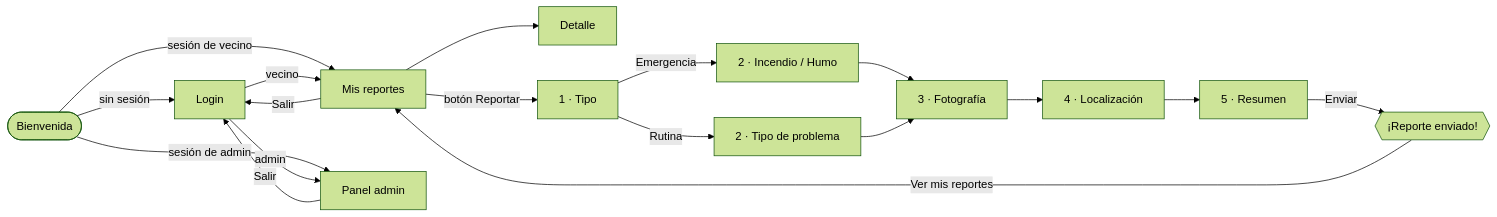
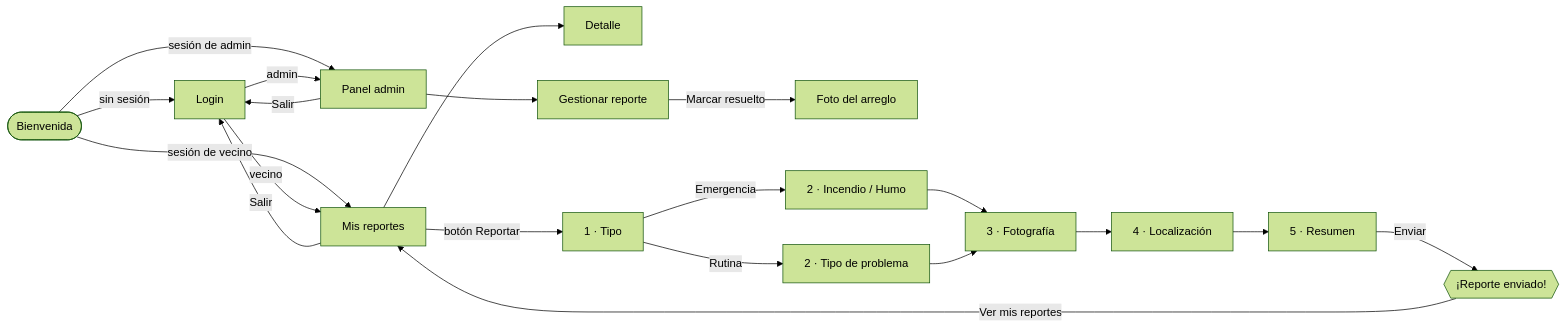
Before and after one commit to nicosnz/reporta-ciudad: the first of 2 diagrams in README.md, drawn with Mermaid (forest theme). The commit also changed other lines of this file, not shown here.

Commit message:
docs: README con el panel del administrador, la cancelación de reportes y el estado CANCELADO

````diff
--- a/README.md
+++ b/README.md
@@ -98,20 +101,22 @@
 ```mermaid
 flowchart LR
     A([Bienvenida]) -- sin sesión --> L[Login]
     A -- sesión de vecino --> B[Mis reportes]
     A -- sesión de admin --> AD[Panel admin]
     L -- vecino --> B
     L -- admin --> AD
     B -- Salir --> L
     AD -- Salir --> L
     B --> C[Detalle]
+    AD --> AR[Gestionar reporte]
+    AR -- Marcar resuelto --> AF[Foto del arreglo]
     B -- botón Reportar --> P1[1 · Tipo]
     P1 -- Emergencia --> P2E[2 · Incendio / Humo]
     P1 -- Rutina --> P2R[2 · Tipo de problema]
     P2E --> P3[3 · Fotografía]
     P2R --> P3
     P3 --> P4[4 · Localización]
     P4 --> P5[5 · Resumen]
     P5 -- Enviar --> M{{¡Reporte enviado!}}
     M -- Ver mis reportes --> B
 ```
````
